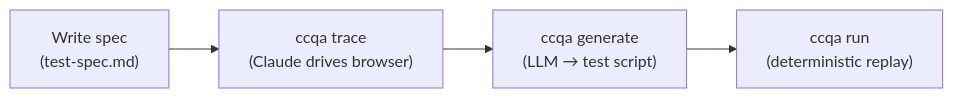
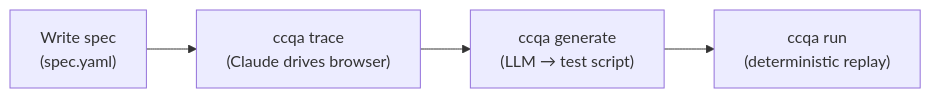
One commit to shibukazu/ccqa changed the diagram in README.md. Above: the diagram before and after it, drawn with Mermaid. The commit also changed other lines of this file and 62 other files, not shown here.

````diff
--- a/README.md
+++ b/README.md
@@ -11,6 +11,6 @@
 ```mermaid
 flowchart LR
-    A["Write spec\n(test-spec.md)"] --> B["ccqa trace\n(Claude drives browser)"]
+    A["Write spec\n(spec.yaml)"] --> B["ccqa trace\n(Claude drives browser)"]
     B --> C["ccqa generate\n(LLM → test script)"]
     C --> D["ccqa run\n(deterministic replay)"]
 ```
````
